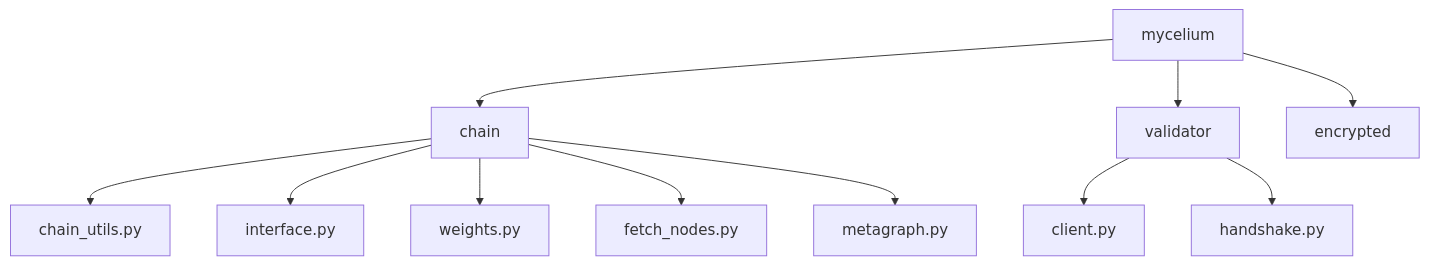
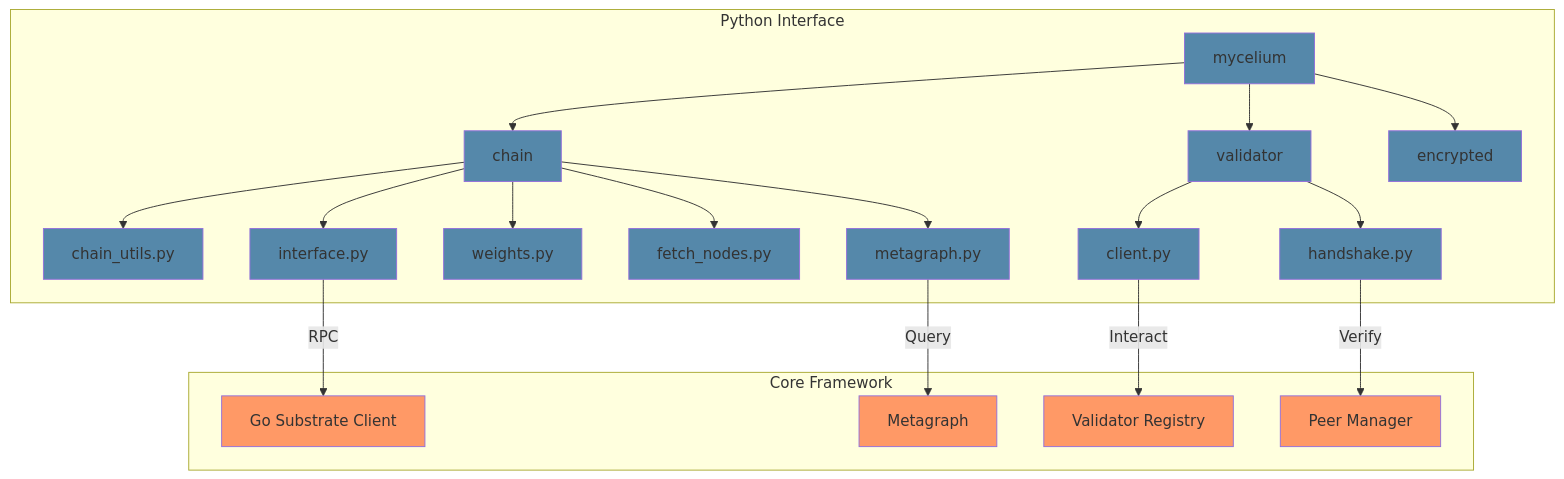
One commit to Nickel5-Inc/mycelium changed the third of 4 diagrams in ARCHITECTURE.md. Above: the diagram before and after it, drawn with Mermaid. The commit also changed other lines of this file, not shown here.

Commit message:
diagram updates

````diff
--- a/ARCHITECTURE.md
+++ b/ARCHITECTURE.md
@@ -9,13 +109,32 @@
 ```mermaid
 graph TD
-    A[mycelium] --> B[chain]
-    A --> C[validator]
-    A --> D[encrypted]
-    B --> E[chain_utils.py]
-    B --> F[interface.py]
-    B --> G[weights.py]
-    B --> H[fetch_nodes.py]
-    B --> I[metagraph.py]
-    C --> J[client.py]
-    C --> K[handshake.py]
+    subgraph "Python Interface"
+        A[mycelium] --> B[chain]
+        A --> C[validator]
+        A --> D[encrypted]
+        B --> E[chain_utils.py]
+        B --> F[interface.py]
+        B --> G[weights.py]
+        B --> H[fetch_nodes.py]
+        B --> I[metagraph.py]
+        C --> J[client.py]
+        C --> K[handshake.py]
+    end
+
+    subgraph "Core Framework"
+        L[Go Substrate Client]
+        M[Validator Registry]
+        N[Metagraph]
+        O[Peer Manager]
+    end
+
+    F -->|RPC| L
+    I -->|Query| N
+    J -->|Interact| M
+    K -->|Verify| O
+
+    classDef python fill:#58a
+    classDef go fill:#f96
+    class A,B,C,D,E,F,G,H,I,J,K python
+    class L,M,N,O go
 ```
````
